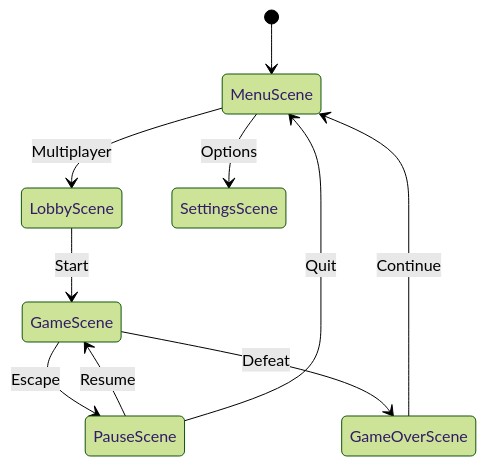
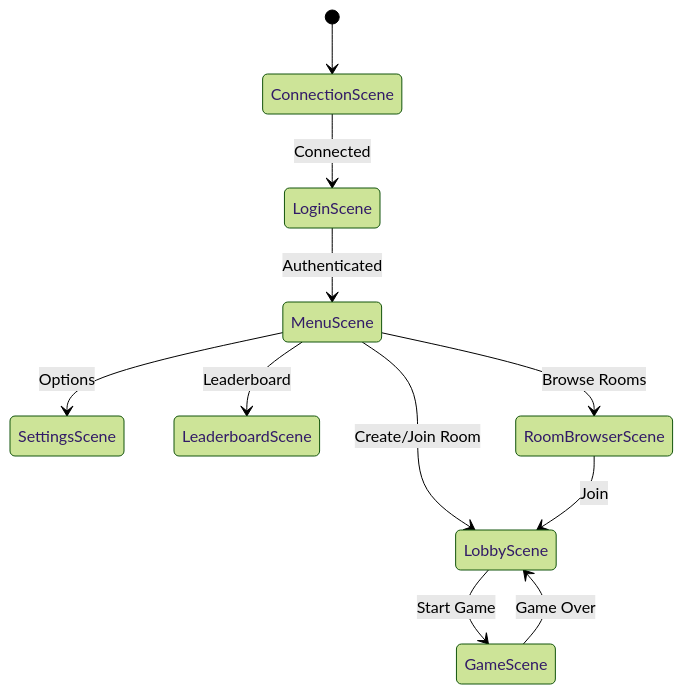
The second of 2 diagrams in docs/technique/architecture/client.md (ChrisG-L/rtype), drawn with Mermaid (forest theme) before and after one commit. The commit also changed 8 other files, not shown here.

````diff
--- a/docs/technique/architecture/client.md
+++ b/docs/technique/architecture/client.md
@@ -120,12 +120,13 @@
 ```mermaid
 stateDiagram-v2
-    [*] --> MenuScene
-    MenuScene --> LobbyScene: Multiplayer
+    [*] --> ConnectionScene
+    ConnectionScene --> LoginScene: Connected
+    LoginScene --> MenuScene: Authenticated
+    MenuScene --> LobbyScene: Create/Join Room
     MenuScene --> SettingsScene: Options
-    LobbyScene --> GameScene: Start
-    GameScene --> PauseScene: Escape
-    PauseScene --> GameScene: Resume
-    PauseScene --> MenuScene: Quit
-    GameScene --> GameOverScene: Defeat
-    GameOverScene --> MenuScene: Continue
+    MenuScene --> LeaderboardScene: Leaderboard
+    MenuScene --> RoomBrowserScene: Browse Rooms
+    LobbyScene --> GameScene: Start Game
+    GameScene --> LobbyScene: Game Over
+    RoomBrowserScene --> LobbyScene: Join
 ```
````
